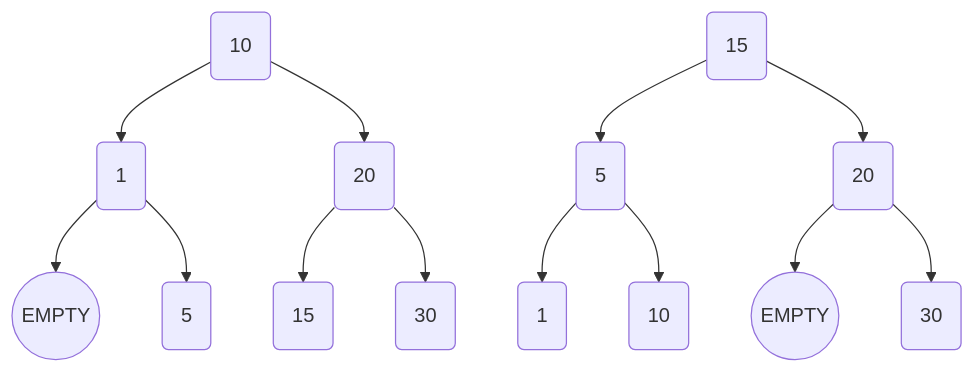
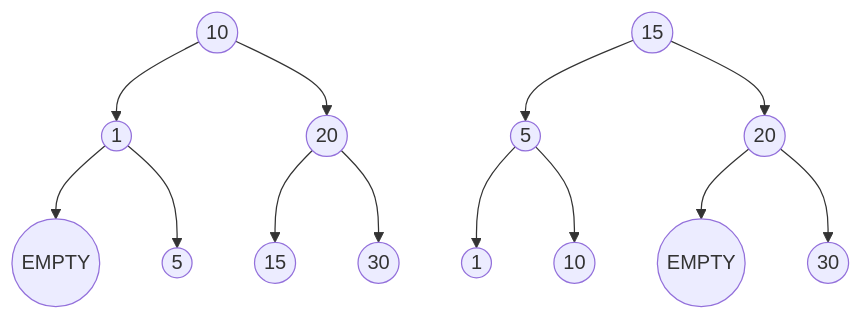
One commit to jayshozie/ceng301 changed the fourth of 4 diagrams in lecture-notes/w07.md. Above: the diagram before and after it, drawn with Mermaid. The commit also changed other lines of this file, not shown here.

Commit message:
nrt in w07

````diff
--- a/lecture-notes/w07.md
+++ b/lecture-notes/w07.md
@@ -441,17 +441,17 @@
 ```mermaid
 graph TB
 
-A(10) --> B(1)
-B --> H1((EMPTY))
-B --> D(5)
-A(10) --> C(20)
-C --> E(15)
-C --> F(30)
+A((10)) --> B((1))
+B --> Z((EMPTY))
+B --> D((5))
+A((10)) --> C((20))
+C --> E((15))
+C --> F((30))
 
-G(15) --> H(5)
-H --> J(1)
-H --> K(10)
-G --> I(20)
-I --> H2((EMPTY))
-I --> L(30)
+G((15)) --> H((5))
+H --> J((1))
+H --> K((10))
+G --> I((20))
+I --> Y((EMPTY))
+I --> L((30))
 ```
````
